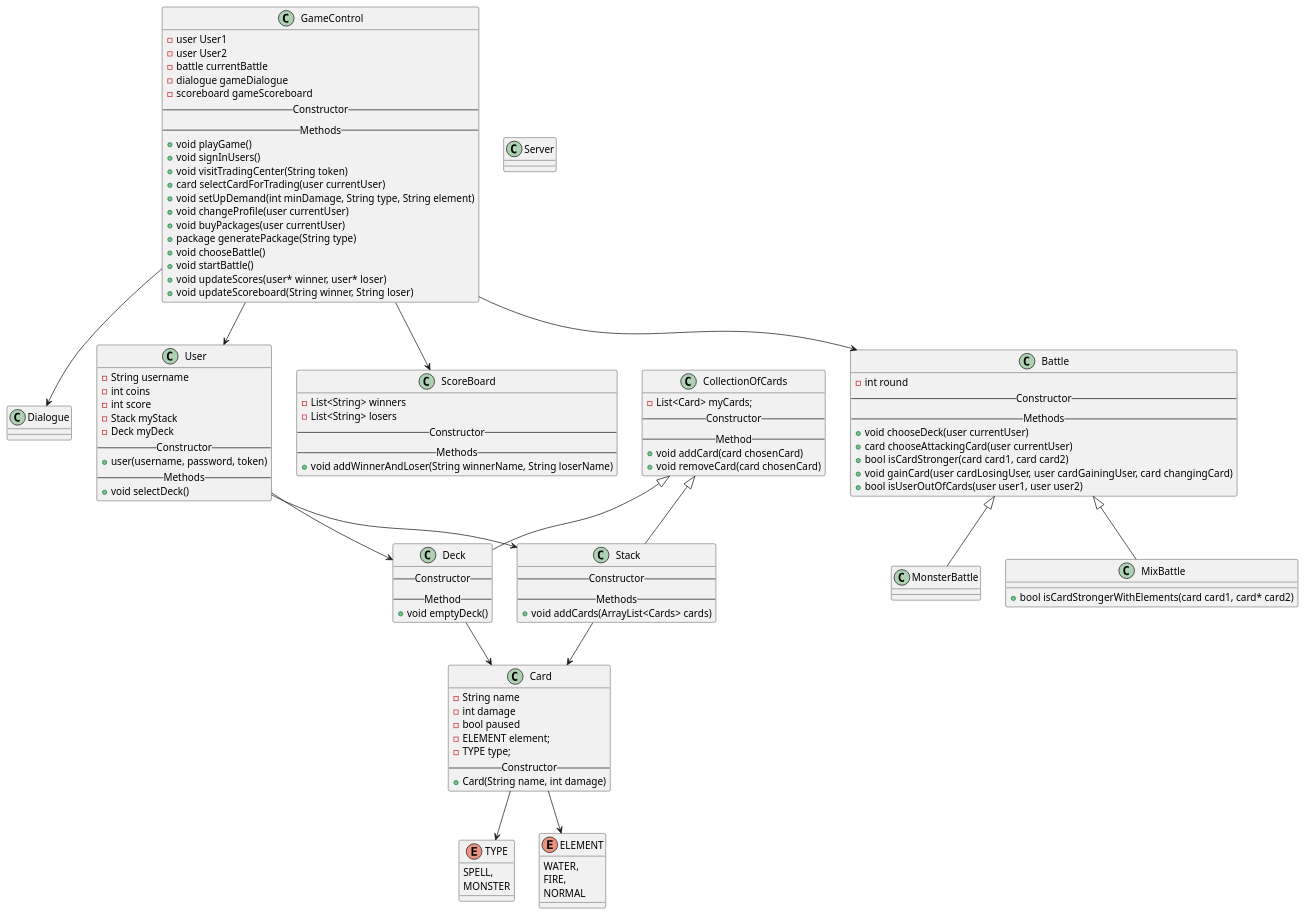
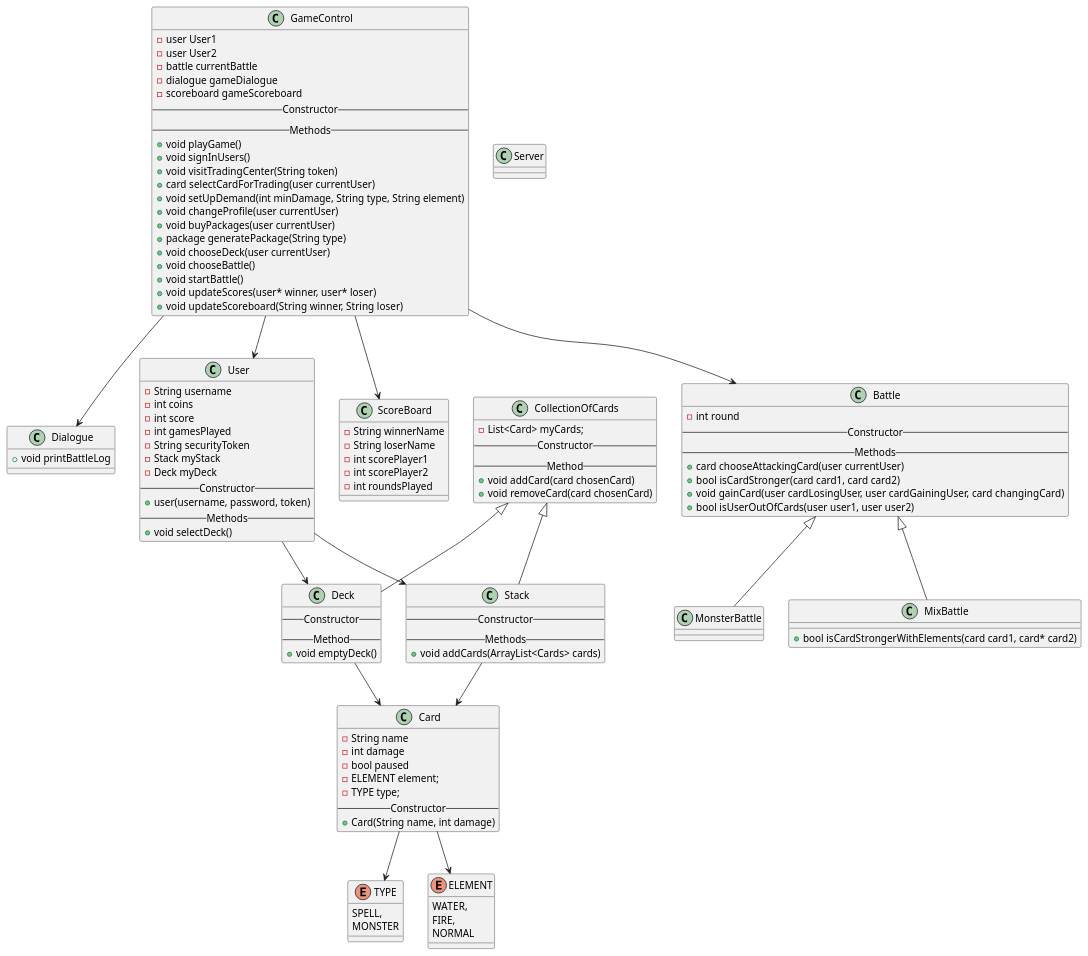
One commit to marlis-t/MonsterTradingCardGame changed the diagram in Monster-Trading-Card-Game/Diagrams/classdiagram.puml. Above: the diagram before and after it, drawn with PlantUML.

```diff
--- a/Monster-Trading-Card-Game/Diagrams/classdiagram.puml
+++ b/Monster-Trading-Card-Game/Diagrams/classdiagram.puml
@@ -1,121 +1,124 @@
 @startuml
 class User{
     -String username
     -int coins
     -int score
+    -int gamesPlayed
+    -String securityToken
     -Stack myStack
     -Deck myDeck
     --Constructor--
     +user(username, password, token)
     --Methods--
     +void selectDeck()
 }
 
 class Server{
 }
 
 enum TYPE{
     SPELL,
     MONSTER
 }
 
 enum ELEMENT{
     WATER,
     FIRE,
     NORMAL
 }
 
 class Card{
     -String name
     -int damage
     -bool paused
     -ELEMENT element;
     -TYPE type;
     --Constructor--
   +Card(String name, int damage)
 }
 class CollectionOfCards{
     -List<Card> myCards;
     --Constructor--
     --Method--
     +void addCard(card chosenCard)
     +void removeCard(card chosenCard)
 }
 class Deck extends CollectionOfCards{
     --Constructor--
     --Method--
     +void emptyDeck()
 }
 class Stack extends CollectionOfCards{
     --Constructor--
     --Methods--
     +void addCards(ArrayList<Cards> cards)
 }
 class ScoreBoard{
-    -List<String> winners
-    -List<String> losers
-    --Constructor--
-    --Methods--
-    +void addWinnerAndLoser(String winnerName, String loserName)
+    -String winnerName
+    -String loserName
+    -int scorePlayer1
+    -int scorePlayer2
+    -int roundsPlayed
 }
 
 class Battle{
     -int round
     --Constructor--
     --Methods--
-    +void chooseDeck(user currentUser)
     +card chooseAttackingCard(user currentUser)
     +bool isCardStronger(card card1, card card2)
     +void gainCard(user cardLosingUser, user cardGainingUser, card changingCard)
     +bool isUserOutOfCards(user user1, user user2)
 }
 
 class MonsterBattle extends Battle{
 
 }
 
 class MixBattle extends Battle{
     +bool isCardStrongerWithElements(card card1, card* card2)
 }
 
 class Dialogue{
+    +void printBattleLog
 }
 class GameControl{
  -user User1
  -user User2
  -battle currentBattle
  -dialogue gameDialogue
  -scoreboard gameScoreboard
  --Constructor--
  --Methods--
  +void playGame()
  +void signInUsers()
  +void visitTradingCenter(String token)
   +card selectCardForTrading(user currentUser)
   +void setUpDemand(int minDamage, String type, String element)
  +void changeProfile(user currentUser)
  +void buyPackages(user currentUser)
   +package generatePackage(String type)
+ +void chooseDeck(user currentUser)
  +void chooseBattle()
  +void startBattle()
   +void updateScores(user* winner, user* loser)
   +void updateScoreboard(String winner, String loser)
 }
 
 
 GameControl --> User
 GameControl --> ScoreBoard
 GameControl --> Battle
 GameControl --> Dialogue
 
 User --> Deck
 User --> Stack
 
 Deck --> Card
 
 Stack --> Card
 
 Card --> TYPE
 Card --> ELEMENT
 
 @enduml
```
